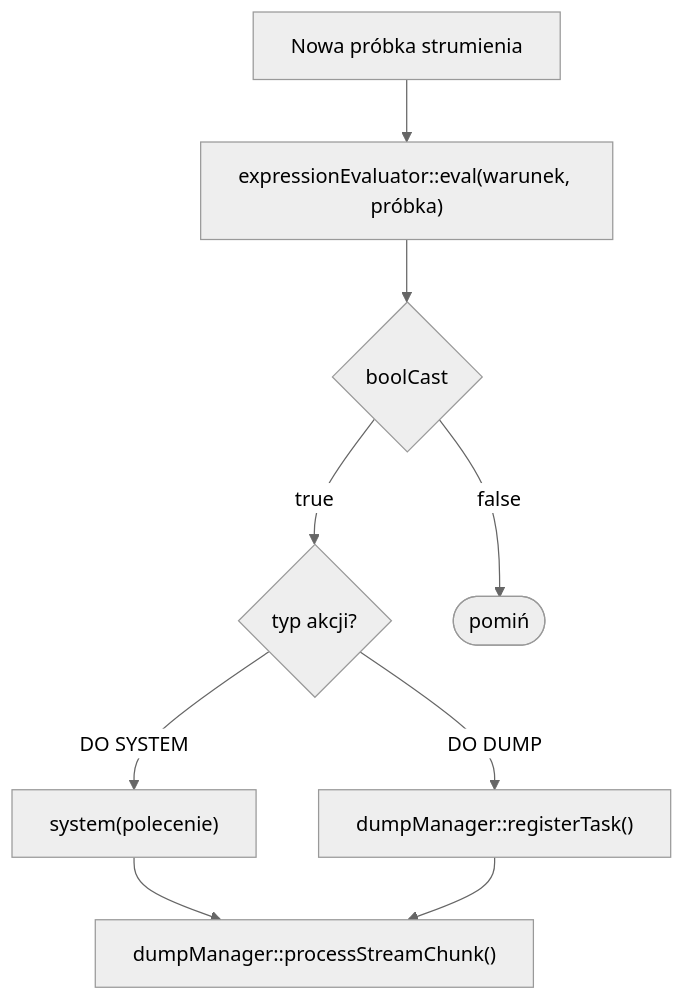
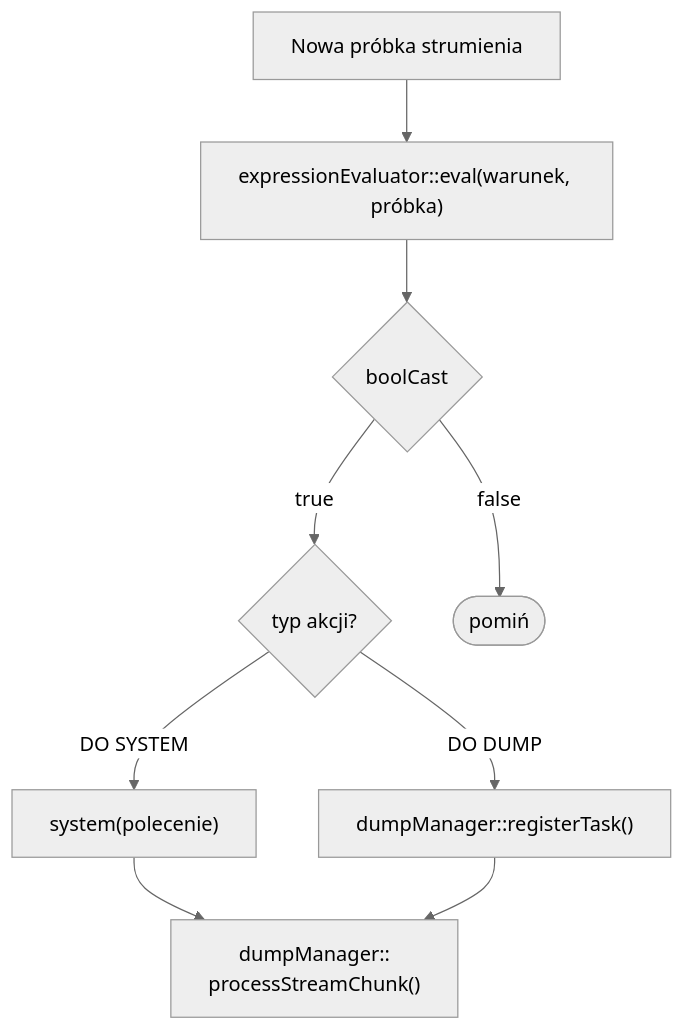
The second of 4 diagrams in realizacja-zapytan/realizacja-alarowania.md (michalwidera/dokumentacja-rdb), drawn with Mermaid (neutral theme) before and after one commit.

Commit message:
poprawka na algorytmie

````diff
--- a/realizacja-zapytan/realizacja-alarowania.md
+++ b/realizacja-zapytan/realizacja-alarowania.md
@@ -42,12 +42,12 @@
 ```mermaid
 %%{init: {"markdownAutoWrap": false}}%%
 flowchart TD
     A["Nowa próbka strumienia"] --> B["expressionEvaluator::eval(warunek, próbka)"]
     B --> C{boolCast}
     C -->|true| D{typ akcji?}
     C -->|false| E([pomiń])
     D -->|DO SYSTEM| F["system(polecenie)"]
     D -->|DO DUMP| G["dumpManager::registerTask()"]
-    F --> H["dumpManager::processStreamChunk()"]
+    F --> H["dumpManager::<br/>processStreamChunk()"]
     G --> H
 ```
````
